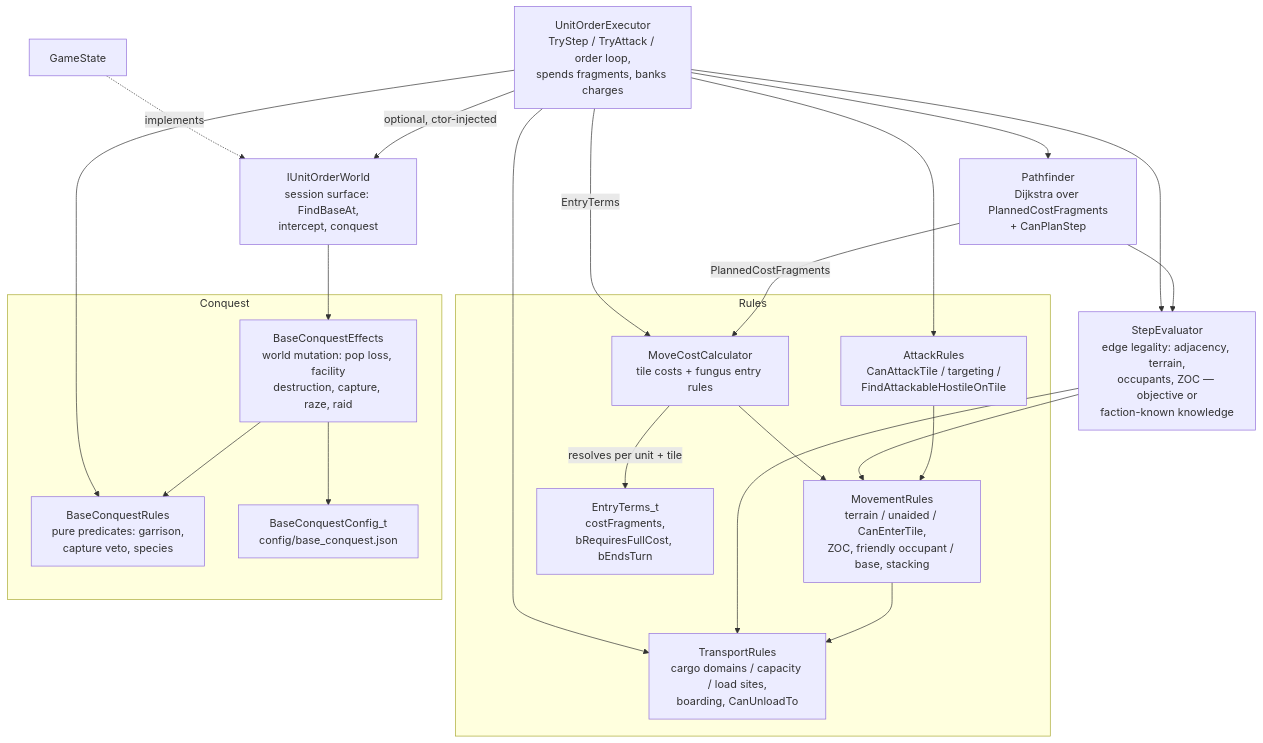
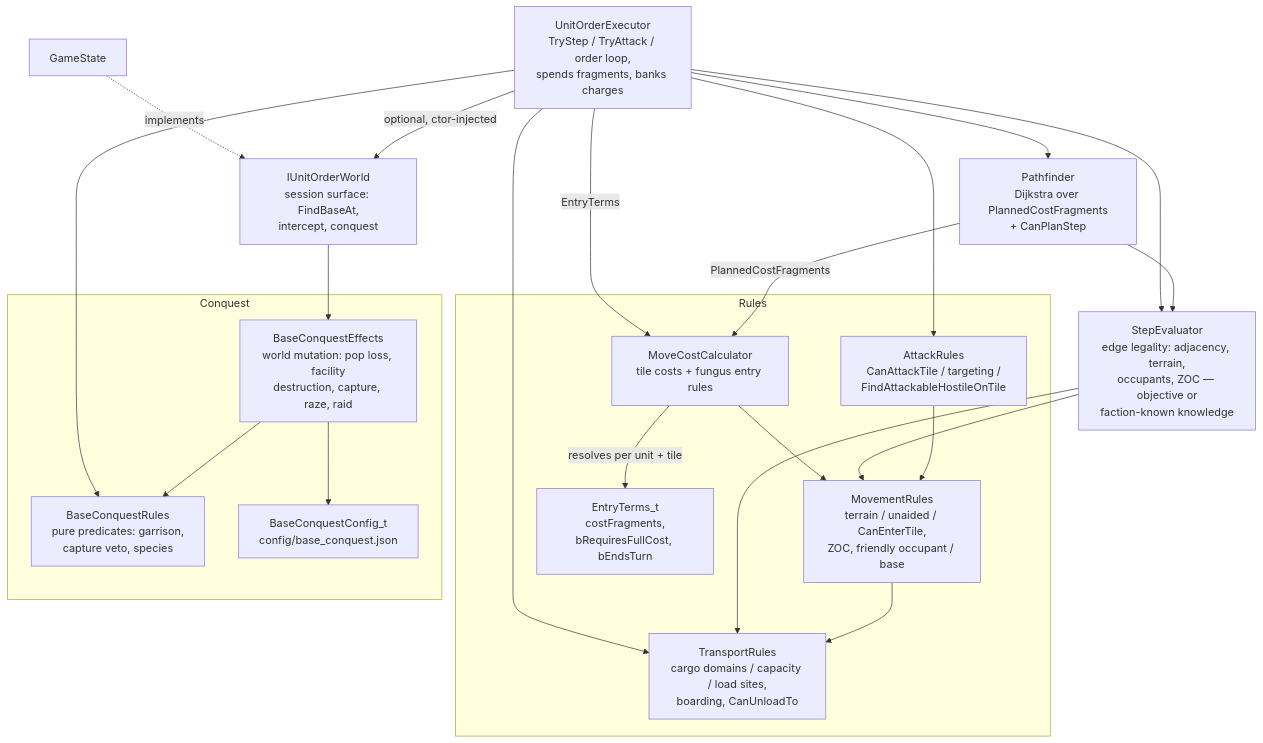
Before and after one commit to kilianloftis/alpha-centauri: the diagram in docs/architecture/unit-movement-system.md, drawn with Mermaid. The commit also changed 3 other files, not shown here.

````diff
--- a/docs/architecture/unit-movement-system.md
+++ b/docs/architecture/unit-movement-system.md
@@ -9,42 +9,42 @@
 ```mermaid
 graph TD
     subgraph Rules
-        MovementRules[MovementRules<br/>terrain / unaided / CanEnterTile,<br/>ZOC, friendly occupant / base, stacking]
+        MovementRules[MovementRules<br/>terrain / unaided / CanEnterTile,<br/>ZOC, friendly occupant / base]
         TransportRules[TransportRules<br/>cargo domains / capacity / load sites,<br/>boarding, CanUnloadTo]
         MoveCostCalculator[MoveCostCalculator<br/>tile costs + fungus entry rules]
         EntryTerms[EntryTerms_t<br/>costFragments,<br/>bRequiresFullCost, bEndsTurn]
         MoveCostCalculator -->|resolves per unit + tile| EntryTerms
         MovementRules --> TransportRules
         AttackRules[AttackRules<br/>CanAttackTile / targeting /<br/>FindAttackableHostileOnTile]
         AttackRules --> MovementRules
     end
 
     subgraph Conquest
         BaseConquestRules[BaseConquestRules<br/>pure predicates: garrison,<br/>capture veto, species]
         BaseConquestEffects[BaseConquestEffects<br/>world mutation: pop loss, facility<br/>destruction, capture, raze, raid]
         BaseConquestConfig[BaseConquestConfig_t<br/>config/base_conquest.json]
         BaseConquestEffects --> BaseConquestRules
         BaseConquestEffects --> BaseConquestConfig
     end
 
     StepEvaluator[StepEvaluator<br/>edge legality: adjacency, terrain,<br/>occupants, ZOC — objective or<br/>faction-known knowledge]
     Pathfinder[Pathfinder<br/>Dijkstra over PlannedCostFragments<br/>+ CanPlanStep]
     UnitOrderExecutor[UnitOrderExecutor<br/>TryStep / TryAttack / order loop,<br/>spends fragments, banks charges]
     UnitOrderExecutor --> AttackRules
     IUnitOrderWorld[IUnitOrderWorld<br/>session surface: FindBaseAt,<br/>intercept, conquest]
     GameState[GameState]
 
     StepEvaluator --> MovementRules
     StepEvaluator --> TransportRules
     MoveCostCalculator --> MovementRules
     Pathfinder --> StepEvaluator
     Pathfinder -->|PlannedCostFragments| MoveCostCalculator
     UnitOrderExecutor -->|EntryTerms| MoveCostCalculator
     UnitOrderExecutor --> StepEvaluator
     UnitOrderExecutor --> Pathfinder
     UnitOrderExecutor --> TransportRules
     UnitOrderExecutor --> BaseConquestRules
     UnitOrderExecutor -->|optional, ctor-injected| IUnitOrderWorld
     GameState -.->|implements| IUnitOrderWorld
     IUnitOrderWorld --> BaseConquestEffects
 ```
````
